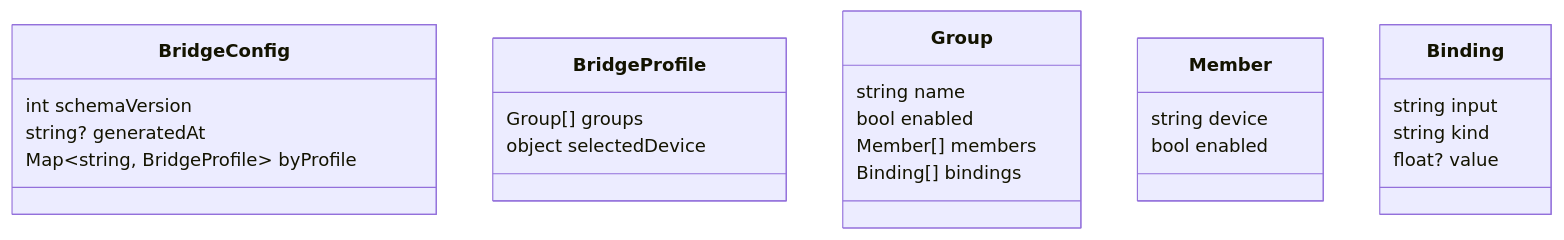
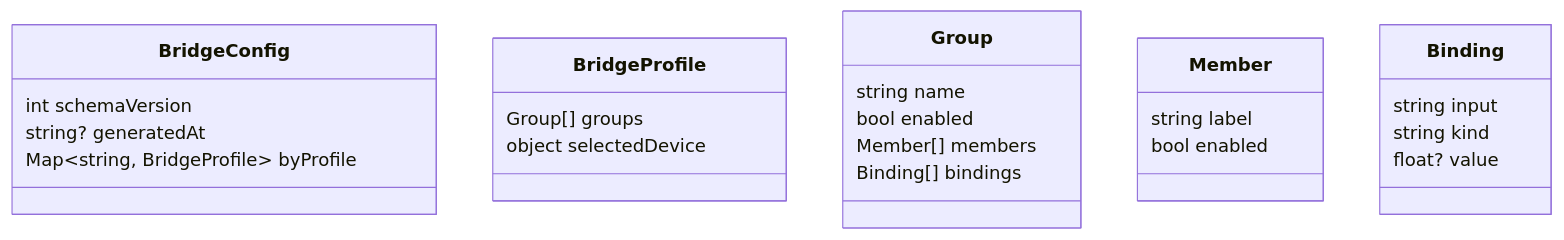
One commit to dmonachello/swerveBringupMotorTest1 changed the second of 2 diagrams in docs/bringup_profiles_schema.md. Above: the diagram before and after it, drawn with Mermaid. The commit also changed other lines of this file and 78 other files, not shown here.

````diff
--- a/docs/bringup_profiles_schema.md
+++ b/docs/bringup_profiles_schema.md
@@ -91,31 +94,31 @@
 ```mermaid
 classDiagram
     class BridgeConfig {
         int schemaVersion
         string? generatedAt
         Map~string, BridgeProfile~ byProfile
     }
 
     class BridgeProfile {
         Group[] groups
         object selectedDevice
     }
 
     class Group {
         string name
         bool enabled
         Member[] members
         Binding[] bindings
     }
 
     class Member {
-        string device
+        string label
         bool enabled
     }
 
     class Binding {
         string input
         string kind
         float? value
     }
 ```
````
